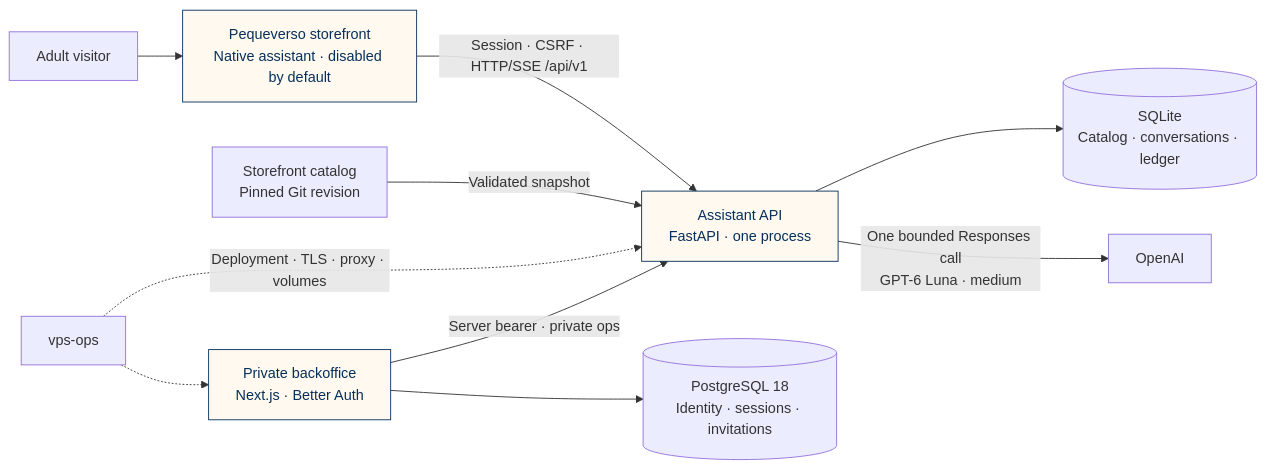
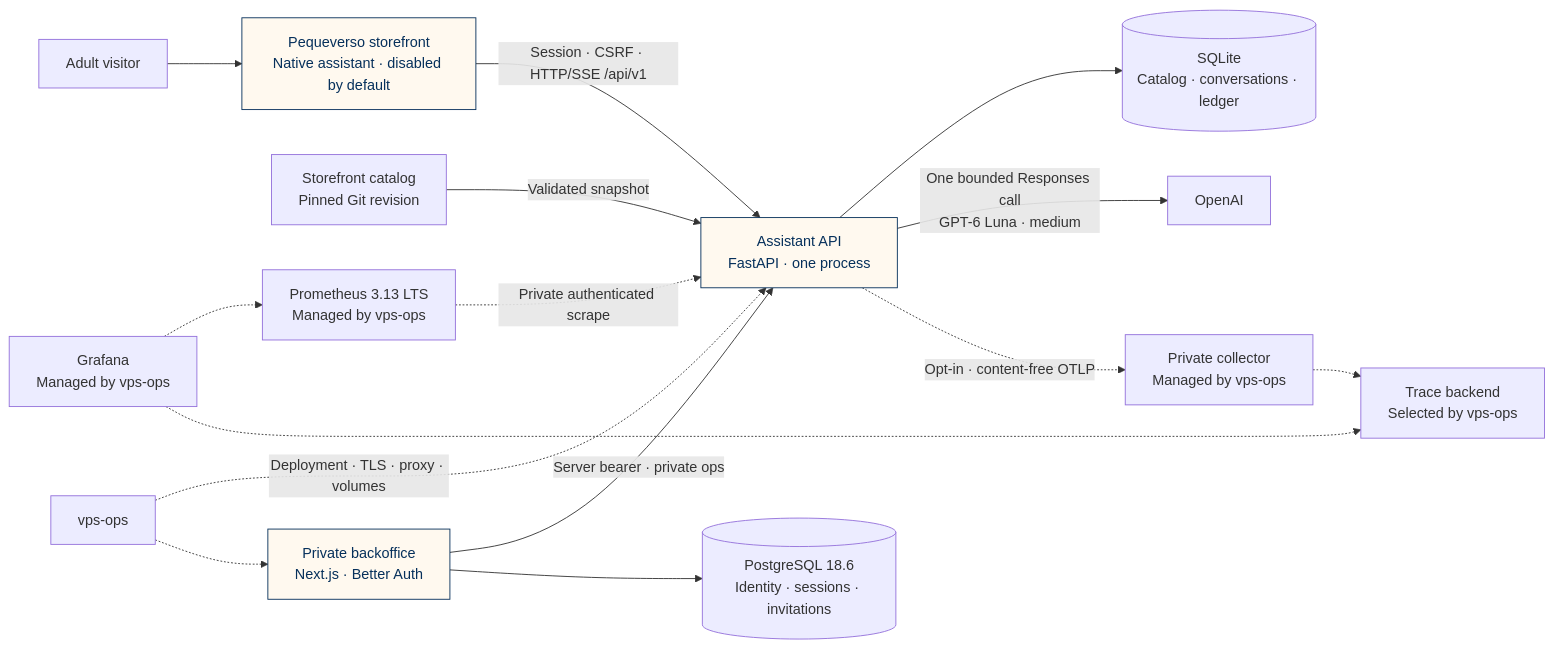
Before and after one commit to gonzalomartinperez/pequeverso-assistant-api: the first of 2 diagrams in README.md, drawn with Mermaid. The commit also changed other lines of this file and 5 other files, not shown here.

````diff
--- a/README.md
+++ b/README.md
@@ -34,14 +36,19 @@
 ```mermaid
 flowchart LR
   Visitor[Adult visitor] --> Store[Pequeverso storefront\nNative assistant · disabled by default]
   Store -->|Session · CSRF · HTTP/SSE /api/v1| API[Assistant API\nFastAPI · one process]
   Catalog[Storefront catalog\nPinned Git revision] -->|Validated snapshot| API
   API --> DB[(SQLite\nCatalog · conversations · ledger)]
   API -->|One bounded Responses call\nGPT-6 Luna · medium| Model[OpenAI]
   BO[Private backoffice\nNext.js · Better Auth] -->|Server bearer · private ops| API
-  BO --> PG[(PostgreSQL 18\nIdentity · sessions · invitations)]
+  BO --> PG[(PostgreSQL 18.6\nIdentity · sessions · invitations)]
+  API -.->|Opt-in · content-free OTLP| Collector[Private collector\nManaged by vps-ops]
+  Prom[Prometheus 3.13 LTS\nManaged by vps-ops] -.->|Private authenticated scrape| API
+  Collector -.-> TraceStore[Trace backend\nSelected by vps-ops]
+  Graf[Grafana\nManaged by vps-ops] -.-> Prom
+  Graf -.-> TraceStore
   Ops[vps-ops] -.->|Deployment · TLS · proxy · volumes| API
   Ops -.-> BO
   classDef app fill:#fff9ef,stroke:#06305b,color:#06305b;
   class Store,API,BO app;
 ```
````
